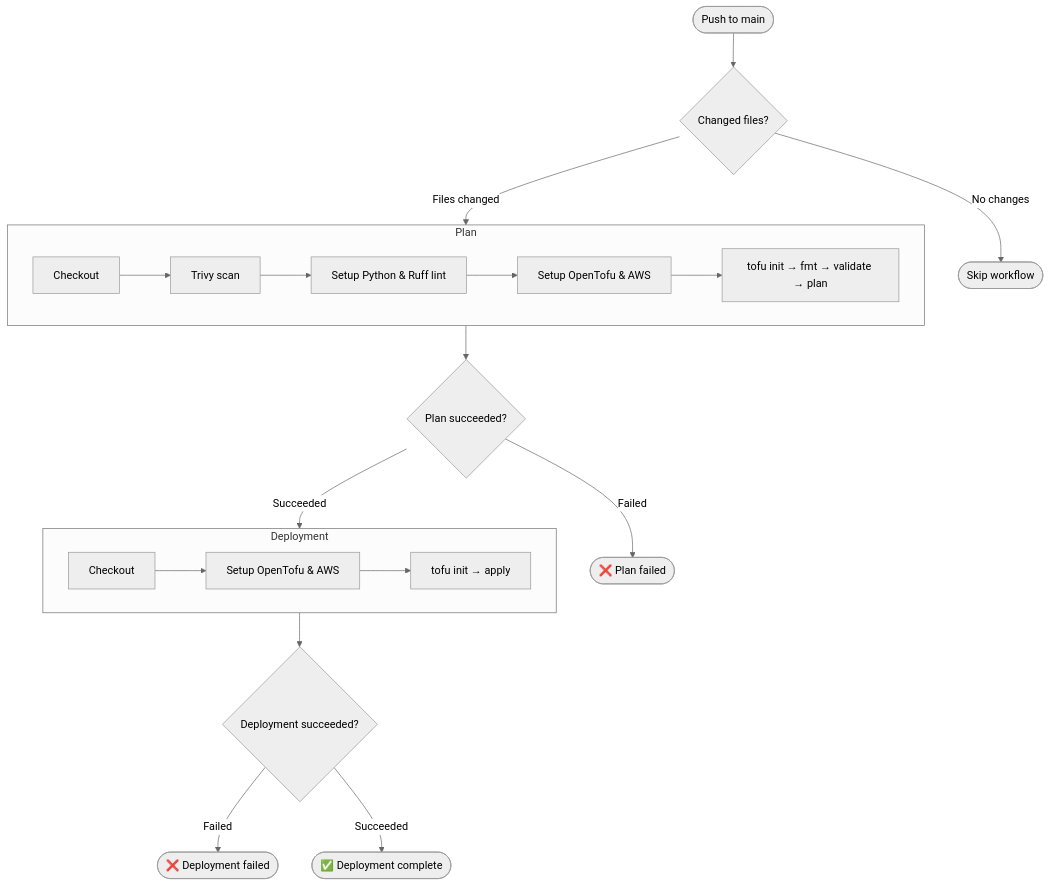
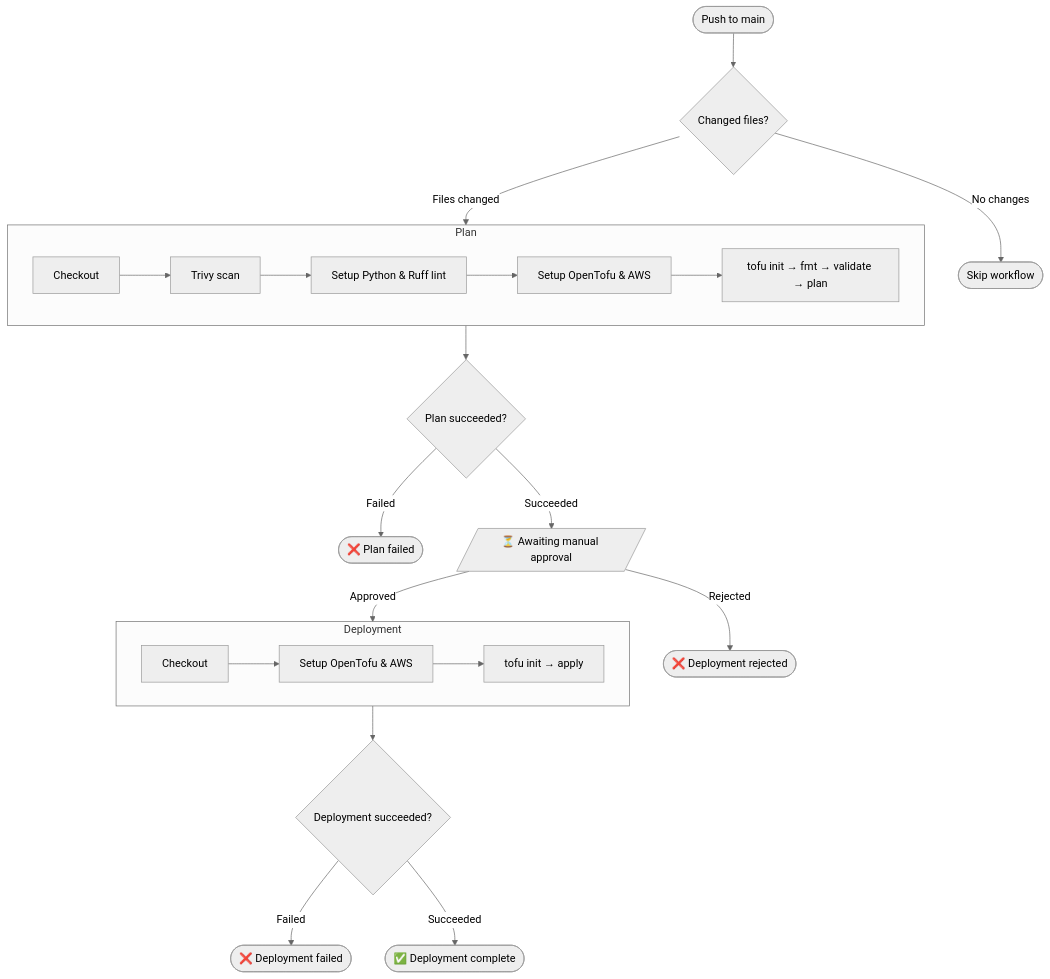
Before and after one commit to tengzl33t/lum-task: the second of 2 diagrams in README.md, drawn with Mermaid (neutral theme).

````diff
--- a/README.md
+++ b/README.md
@@ -41,28 +41,29 @@
 ```mermaid
-
 flowchart TD
     A([Push to main]) --> B{"Changed files?"}
     B -- " No changes " --> SKIP([Skip workflow])
     B -- " Files changed " --> D
 
 subgraph D["Plan"]
 D1[Checkout] --> D2[Trivy scan]
 D2 --> D3[Setup Python & Ruff lint]
 D3 --> D4[Setup OpenTofu & AWS]
 D4 --> D5[tofu init → fmt → validate → plan]
 end
 
 D --> PC{"Plan succeeded?"}
 PC -- " Failed " --> PF([❌ Plan failed])
-PC -- " Succeeded " --> E
+PC -- " Succeeded " --> APPROVAL[/"⏳ Awaiting manual approval"/]
+
+APPROVAL -- " Rejected " --> AR([❌ Deployment rejected])
+APPROVAL -- " Approved " --> E
 
 subgraph E["Deployment"]
 E1[Checkout] --> E2[Setup OpenTofu & AWS]
 E2 --> E3[tofu init → apply]
 end
 
 E --> DC{"Deployment succeeded?"}
 DC -- " Failed" --> DF([❌ Deployment failed])
 DC -- " Succeeded " --> S([✅ Deployment complete])
-
 ```
````
